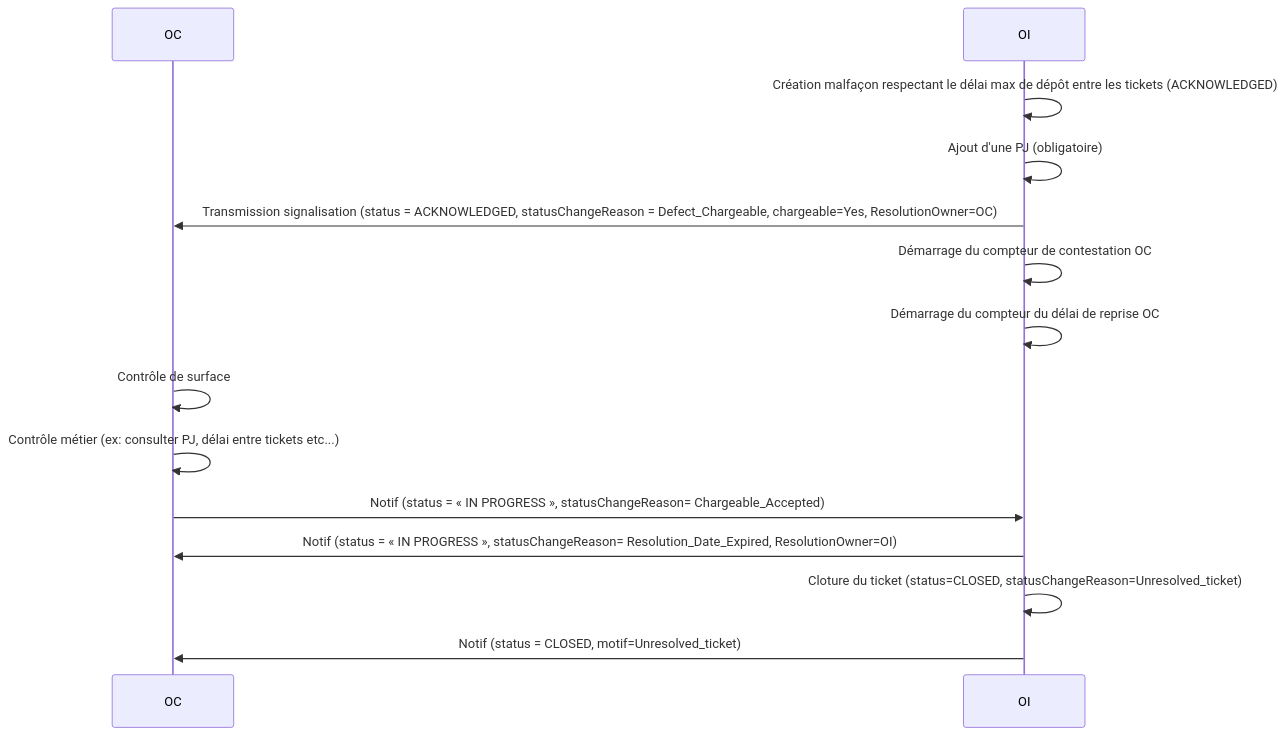
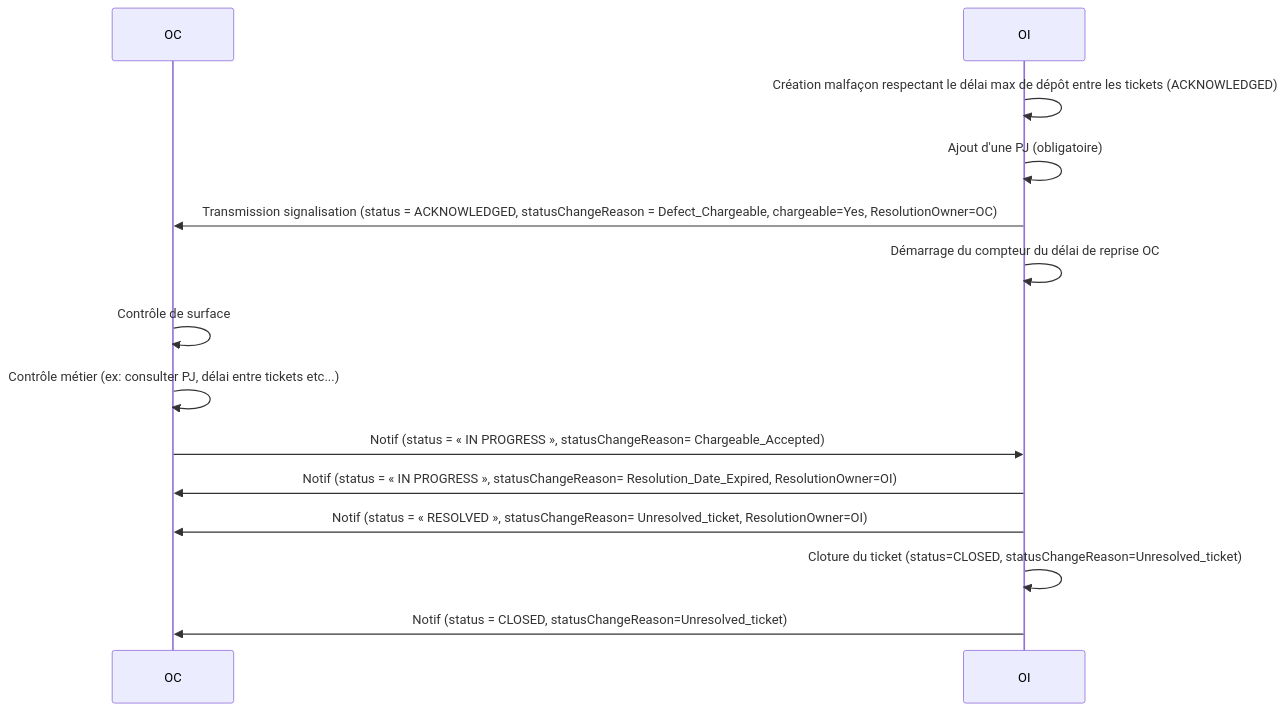
The sixth of 13 diagrams in README.md (before-interop/malfacon), drawn with Mermaid before and after one commit. The commit also changed other lines of this file and 2 other files, not shown here.

````diff
--- a/README.md
+++ b/README.md
@@ -414,18 +416,18 @@
 ```mermaid
 sequenceDiagram
 
   participant OC
   participant OI
 
   OI->>OI: Création malfaçon respectant le délai max de dépôt entre les tickets (ACKNOWLEDGED)
   OI->>OI: Ajout d'une PJ (obligatoire)
   OI->>OC: Transmission signalisation (status = ACKNOWLEDGED, statusChangeReason = Defect_Chargeable, chargeable=Yes, ResolutionOwner=OC)
-  OI->>OI: Démarrage du compteur de contestation OC
   OI->>OI: Démarrage du compteur du délai de reprise OC
   OC->>OC: Contrôle de surface
   OC->>OC: Contrôle métier (ex: consulter PJ, délai entre tickets etc...)
   OC->>OI: Notif (status = « IN PROGRESS », statusChangeReason= Chargeable_Accepted)
   OI->>OC: Notif (status = « IN PROGRESS », statusChangeReason= Resolution_Date_Expired, ResolutionOwner=OI)
+  OI->>OC: Notif (status = « RESOLVED », statusChangeReason= Unresolved_ticket, ResolutionOwner=OI)
   OI->>OI: Cloture du ticket (status=CLOSED, statusChangeReason=Unresolved_ticket)
-  OI->>OC: Notif (status = CLOSED, motif=Unresolved_ticket)
+  OI->>OC: Notif (status = CLOSED, statusChangeReason=Unresolved_ticket)
 ```
````
